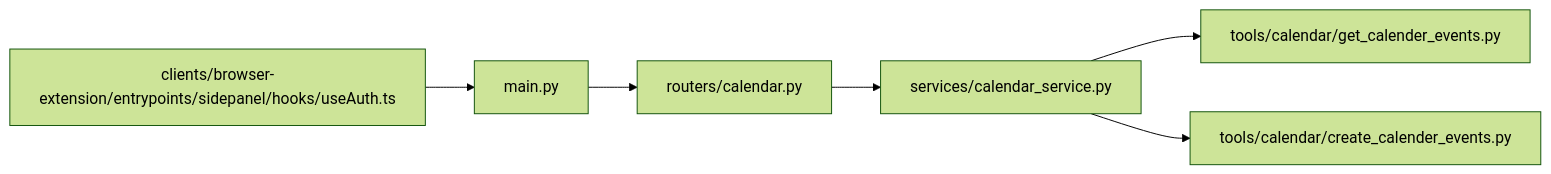
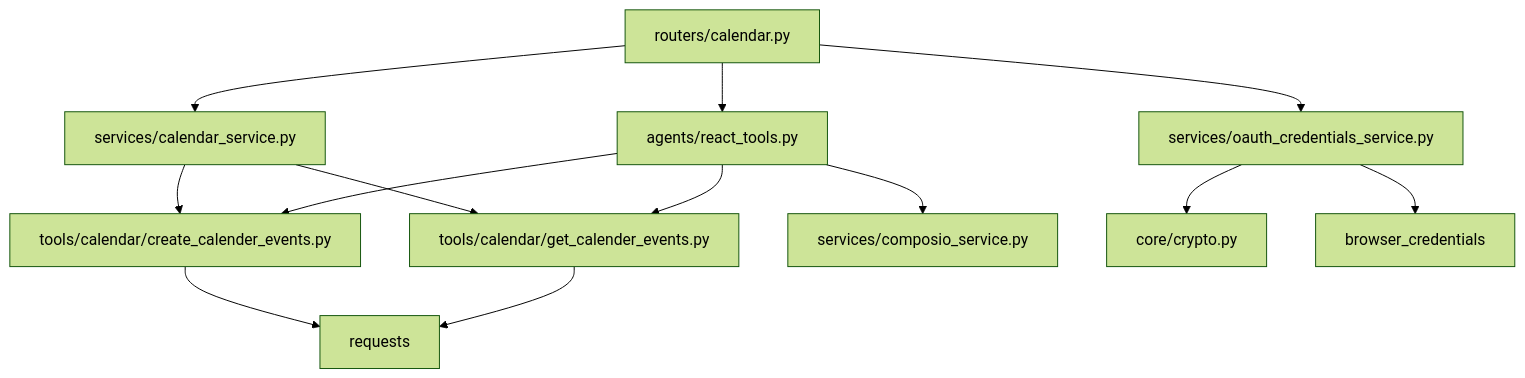
The sixth of 6 diagrams in src/data/docs/agentic-browser/Service Integrations/Calendar Integration.md (tashifkhan/tashif.codes), drawn with Mermaid (forest theme) before and after one commit. The commit also changed other lines of this file and 114 other files, not shown here.

````diff
--- a/src/data/docs/agentic-browser/Service Integrations/Calendar Integration.md
+++ b/src/data/docs/agentic-browser/Service Integrations/Calendar Integration.md
@@ -204,8 +184,15 @@
 ```mermaid
-graph LR
-Main["main.py"] --> CalR["routers/calendar.py"]
-CalR --> Svc["services/calendar_service.py"]
-Svc --> TGet["tools/calendar/get_calender_events.py"]
-Svc --> TPost["tools/calendar/create_calender_events.py"]
-Ext["clients/browser-extension/entrypoints/sidepanel/hooks/useAuth.ts"] --> Main
+graph TB
+  Router["routers/calendar.py"] --> Service["services/calendar_service.py"]
+  Router --> Agent["agents/react_tools.py"]
+  Router --> OAuth["services/oauth_credentials_service.py"]
+  Service --> Create["tools/calendar/create_calender_events.py"]
+  Service --> Get["tools/calendar/get_calender_events.py"]
+  Agent --> Get
+  Agent --> Create
+  Agent --> Composio["services/composio_service.py"]
+  Create --> Requests["requests"]
+  Get --> Requests
+  OAuth --> Crypto["core/crypto.py"]
+  OAuth --> DB["browser_credentials"]
 ```
````
